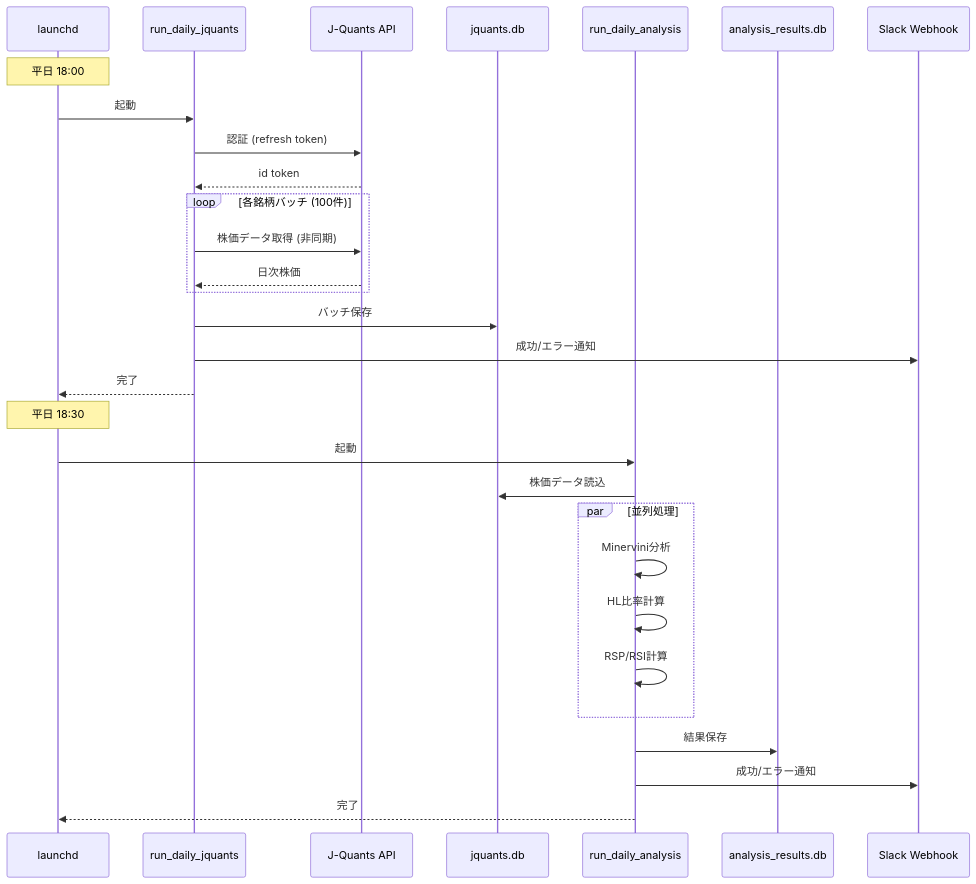
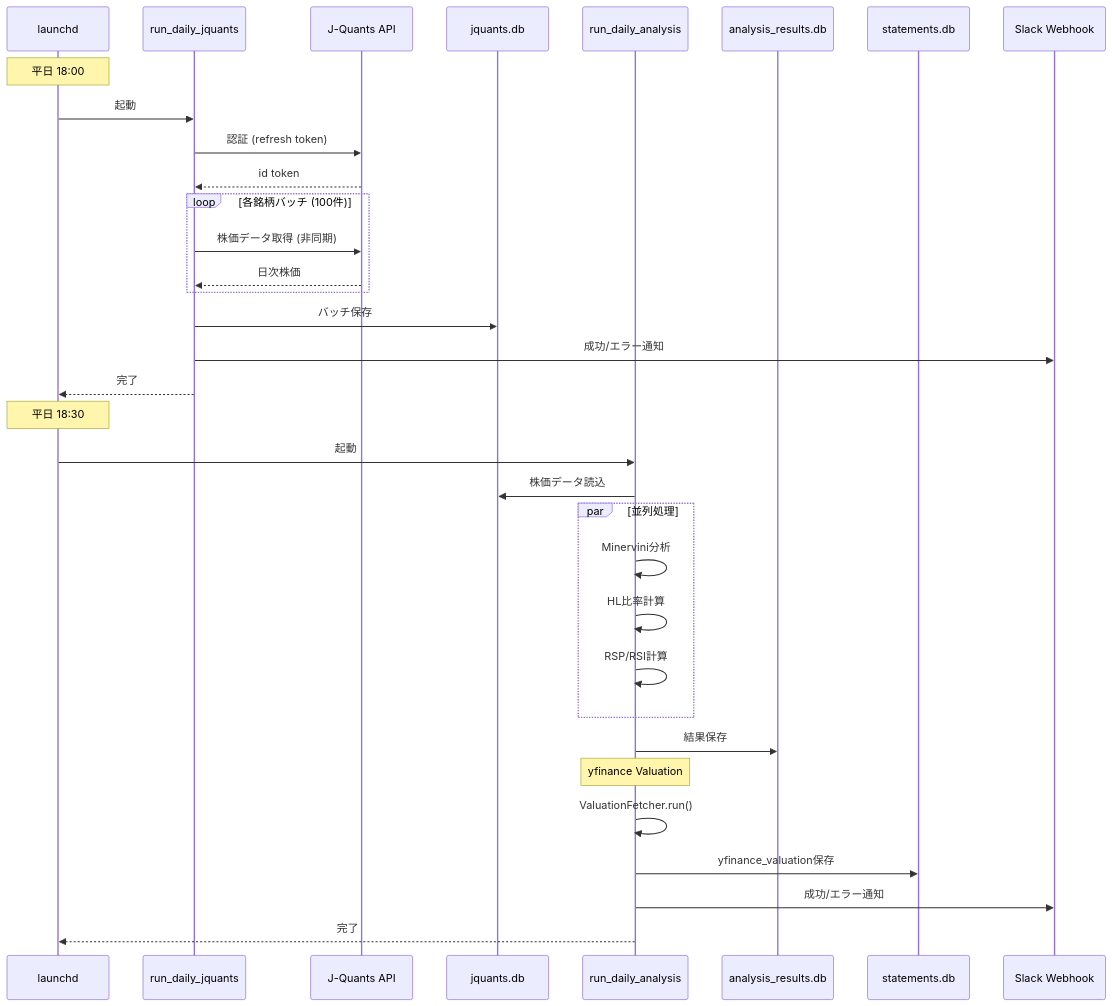
The third of 8 diagrams in docs/core/diagrams.md (aidotters/stock-analysis), drawn with Mermaid before and after one commit. The commit also changed other lines of this file and 14 other files, not shown here.

````diff
--- a/docs/core/diagrams.md
+++ b/docs/core/diagrams.md
@@ -138,38 +147,44 @@
 ```mermaid
 sequenceDiagram
     participant Launchd as launchd
     participant RDJ as run_daily_jquants
     participant JQ as J-Quants API
     participant DB as jquants.db
     participant RDA as run_daily_analysis
     participant ADB as analysis_results.db
+    participant SDB as statements.db
     participant Slack as Slack Webhook
 
     Note over Launchd: 平日 18:00
     Launchd->>RDJ: 起動
     RDJ->>JQ: 認証 (refresh token)
     JQ-->>RDJ: id token
 
     loop 各銘柄バッチ (100件)
         RDJ->>JQ: 株価データ取得 (非同期)
         JQ-->>RDJ: 日次株価
     end
 
     RDJ->>DB: バッチ保存
     RDJ->>Slack: 成功/エラー通知
     RDJ-->>Launchd: 完了
 
     Note over Launchd: 平日 18:30
     Launchd->>RDA: 起動
     RDA->>DB: 株価データ読込
 
     par 並列処理
         RDA->>RDA: Minervini分析
         RDA->>RDA: HL比率計算
         RDA->>RDA: RSP/RSI計算
     end
 
     RDA->>ADB: 結果保存
+
+    Note over RDA: yfinance Valuation
+    RDA->>RDA: ValuationFetcher.run()
+    RDA->>SDB: yfinance_valuation保存
+
     RDA->>Slack: 成功/エラー通知
     RDA-->>Launchd: 完了
 ```
````
